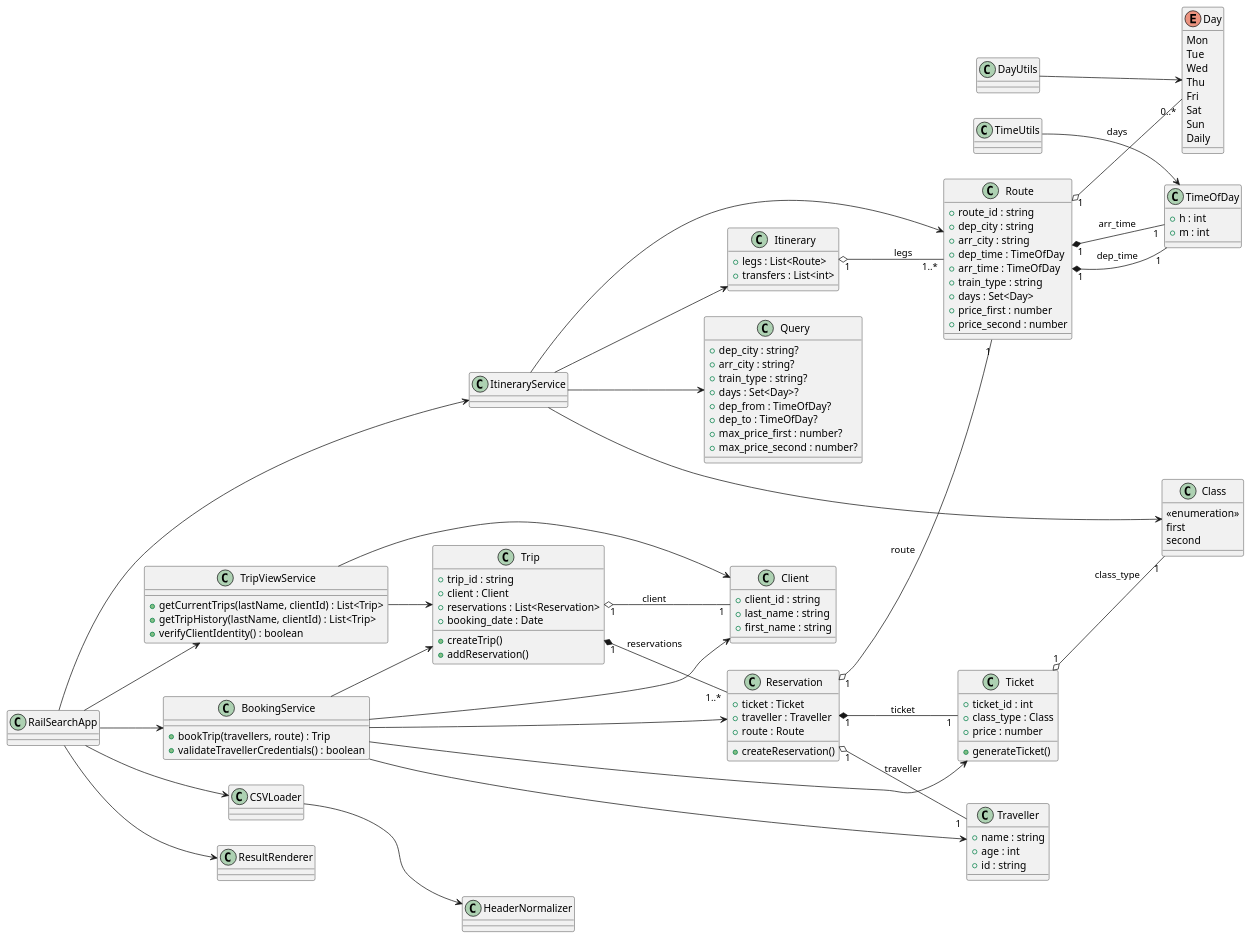
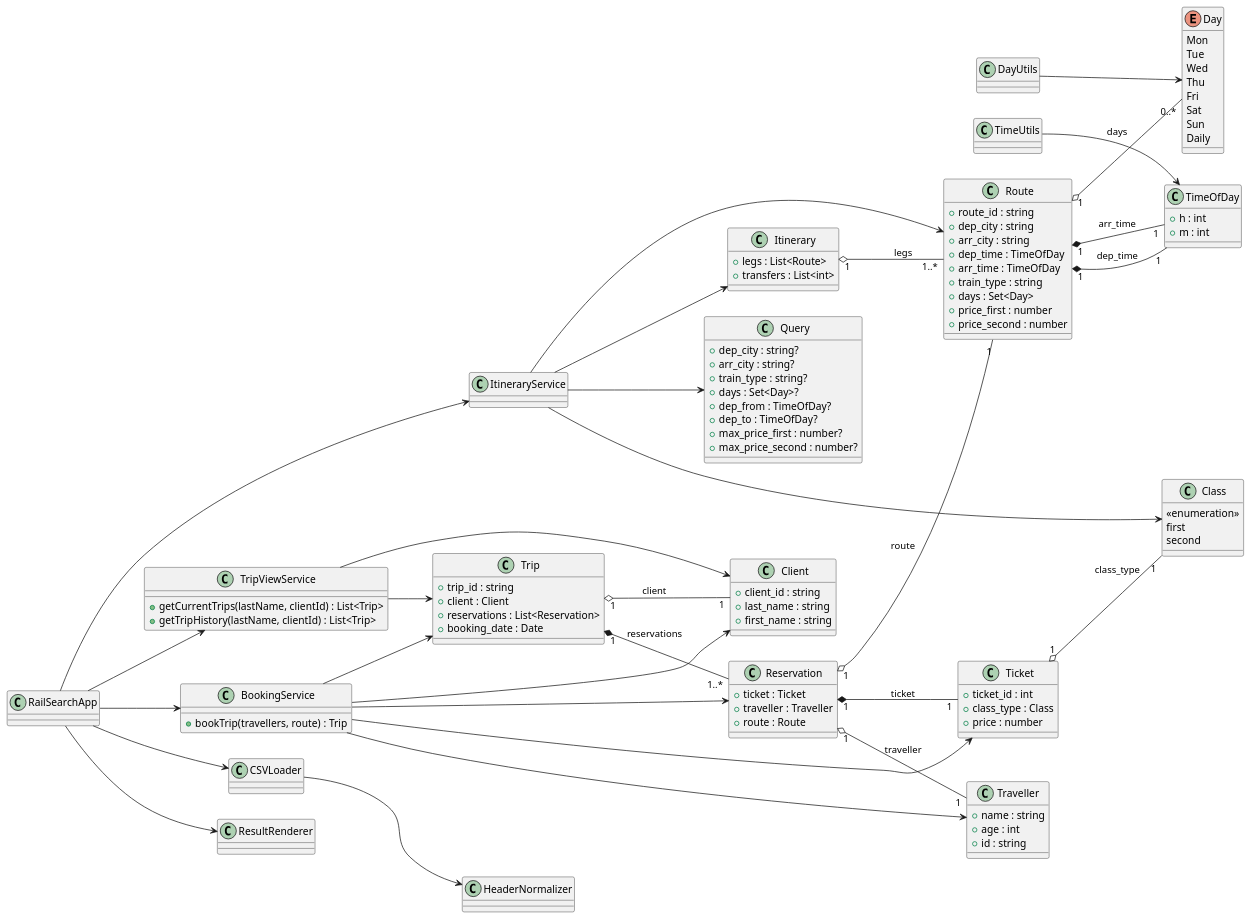
Before and after one commit to nicolas-zampieri/SOEN342: the diagram in docs/PlantUMLCode/domain.puml, drawn with PlantUML. The commit also changed 5 other files, not shown here.

```diff
--- a/docs/PlantUMLCode/domain.puml
+++ b/docs/PlantUMLCode/domain.puml
@@ -1,139 +1,133 @@
 @startuml DomainModel
 left to right direction
 
 enum Day {
   Mon
   Tue
   Wed
   Thu
   Fri
   Sat
   Sun
   Daily
 }
 
 class Class {
   <<enumeration>>
   first
   second
 }
 
 class TimeOfDay {
   +h : int
   +m : int
 }
 
 class Route {
   +route_id : string
   +dep_city : string
   +arr_city : string
   +dep_time : TimeOfDay
   +arr_time : TimeOfDay
   +train_type : string
   +days : Set<Day>
   +price_first : number
   +price_second : number
 }
 
 class Itinerary {
   +legs : List<Route>
   +transfers : List<int>
 }
 
 class Query {
   +dep_city : string?
   +arr_city : string?
   +train_type : string?
   +days : Set<Day>?
   +dep_from : TimeOfDay?
   +dep_to : TimeOfDay?
   +max_price_first : number?
   +max_price_second : number?
 }
 
 class Client {
   +client_id : string
   +last_name : string
   +first_name : string
 }
 
 class Traveller {
   +name : string
   +age : int
   +id : string
 }
 
 class Trip {
   +trip_id : string
   +client : Client
   +reservations : List<Reservation>
   +booking_date : Date
-  +createTrip()
-  +addReservation()
 }
 
 class Reservation {
   +ticket : Ticket
   +traveller : Traveller
   +route : Route
-  +createReservation()
 }
 
 class Ticket {
   +ticket_id : int
   +class_type : Class
   +price : number
-  +generateTicket()
 }
 
 class BookingService {
   +bookTrip(travellers, route) : Trip
-  +validateTravellerCredentials() : boolean
 }
 
 class TripViewService {
   +getCurrentTrips(lastName, clientId) : List<Trip>
   +getTripHistory(lastName, clientId) : List<Trip>
-  +verifyClientIdentity() : boolean
 }
 
 class ItineraryService
 class DayUtils
 class TimeUtils
 class CSVLoader
 class HeaderNormalizer
 class ResultRenderer
 class RailSearchApp
 
 Itinerary "1" o-- "1..*" Route : legs
 Route "1" *-- "1" TimeOfDay : dep_time
 Route "1" *-- "1" TimeOfDay : arr_time
 Route "1" o-- "0..*" Day : days
 
 Trip "1" *-- "1..*" Reservation : reservations
 Trip "1" o-- "1" Client : client
 Reservation "1" *-- "1" Ticket : ticket
 Reservation "1" o-- "1" Traveller : traveller
 Reservation "1" o-- "1" Route : route
 Ticket "1" o-- "1" Class : class_type
 
 CSVLoader --> HeaderNormalizer
 RailSearchApp --> CSVLoader
 RailSearchApp --> ResultRenderer
 RailSearchApp --> ItineraryService
 RailSearchApp --> BookingService
 RailSearchApp --> TripViewService
 ItineraryService --> Route
 ItineraryService --> Itinerary
 ItineraryService --> Query
 ItineraryService --> Class
 BookingService --> Trip
 BookingService --> Reservation
 BookingService --> Ticket
 BookingService --> Client
 BookingService --> Traveller
 TripViewService --> Trip
 TripViewService --> Client
 DayUtils --> Day
 TimeUtils --> TimeOfDay
 @enduml
```
